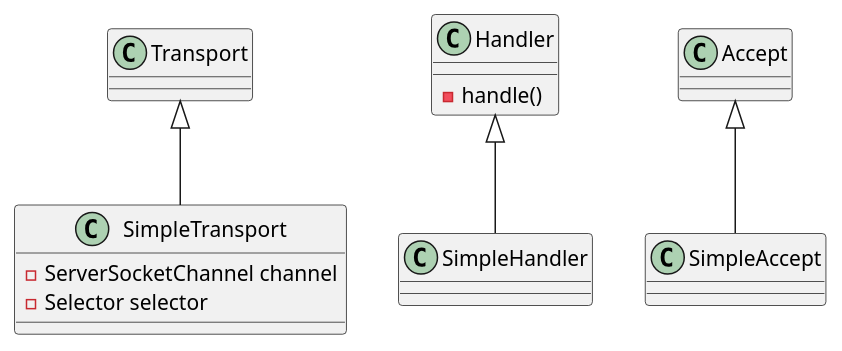
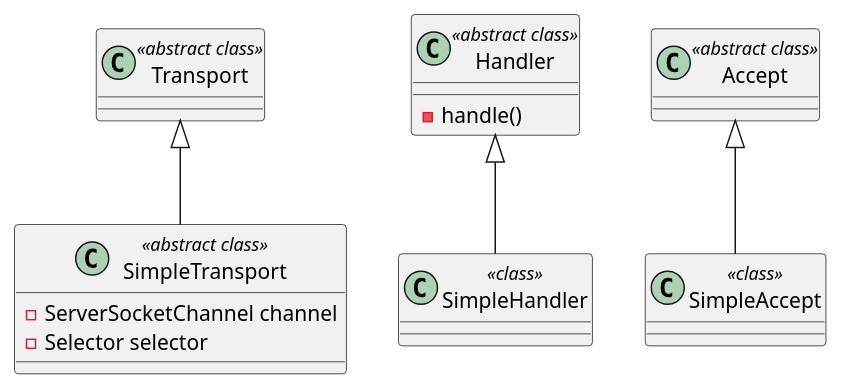
The first of 3 diagrams in readme.md (adanli/egg-rpc), drawn with PlantUML before and after one commit. The commit also changed other lines of this file, not shown here.

Commit message:
区分了各个uml类图中类的类型，包括接口、抽象类、实现类

````diff
--- a/readme.md
+++ b/readme.md
@@ -64,15 +64,18 @@
 ```puml
 @startuml
-class Transport 
-class SimpleTransport {
+class Transport <<abstract class>>
+class SimpleTransport <<abstract class>>{
     {field} - ServerSocketChannel channel
     {field} - Selector selector
 }
 Transport <|-- SimpleTransport
-class Handler {
+class Handler <<abstract class>> {
     {method} - handle()
 }
 Handler <|-- SimpleHandler
+class SimpleHandler <<class>>
+class Accept <<abstract class>>
 Accept <|-- SimpleAccept
+class SimpleAccept <<class>>
 @enduml
 ```
````
